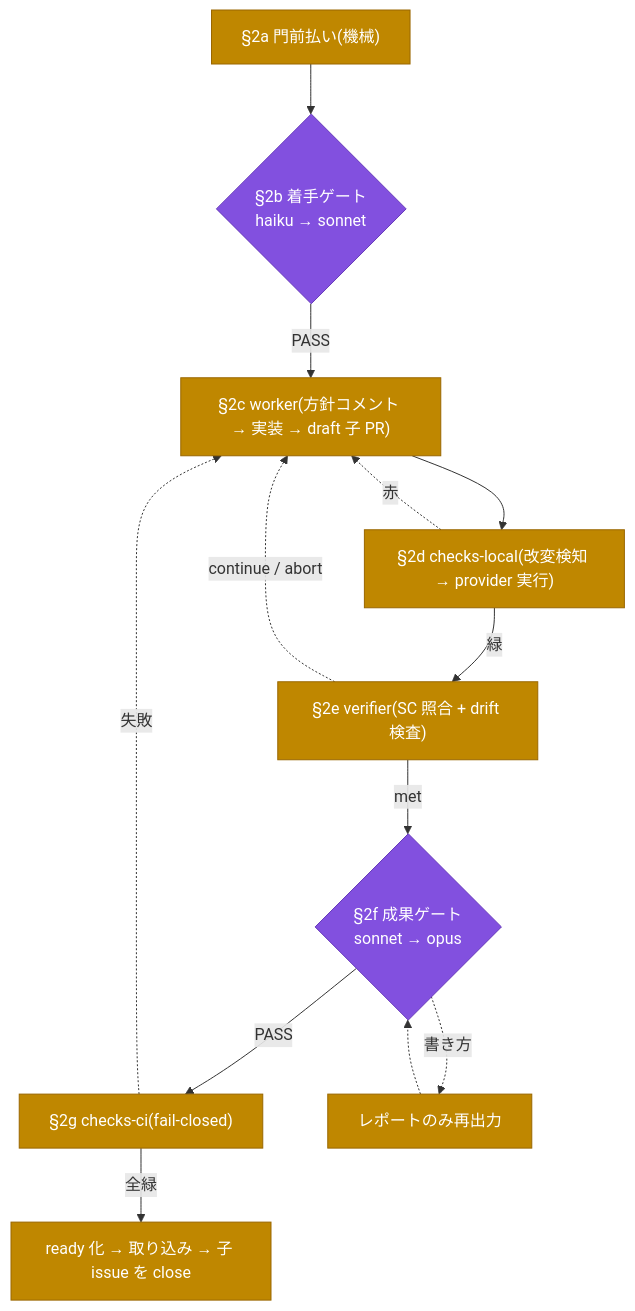
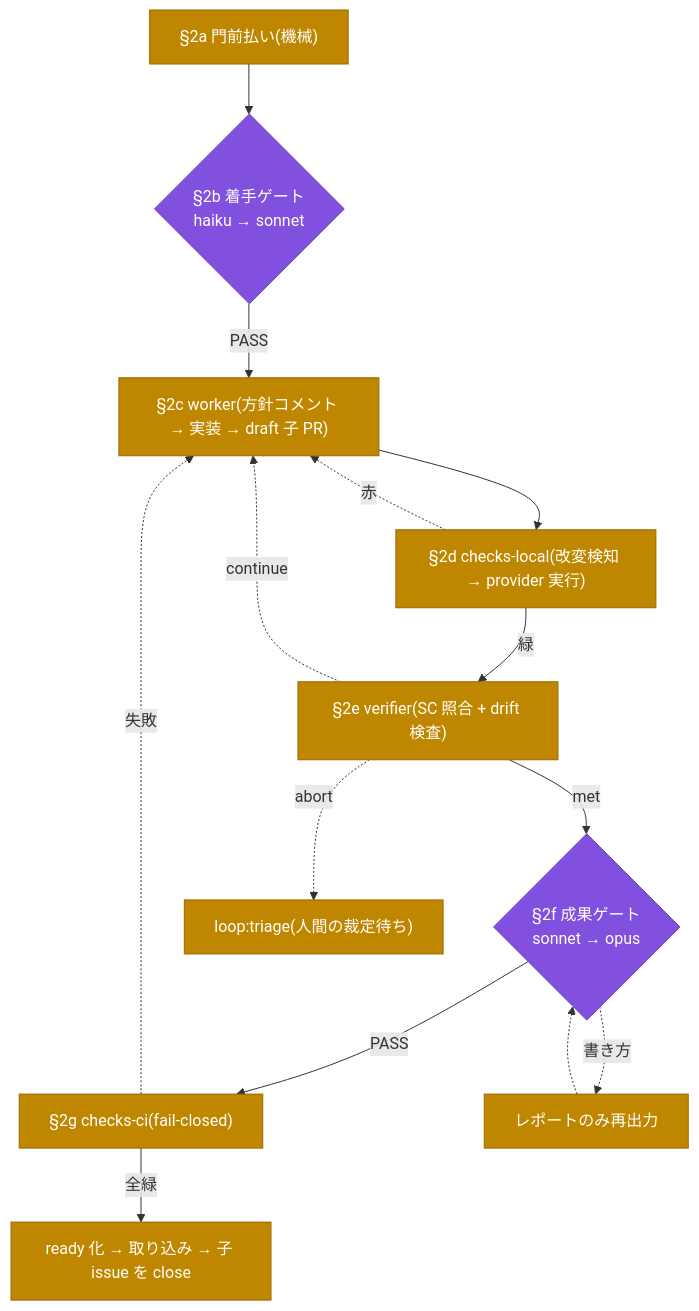
Before and after one commit to reonyanarticle/tasuki: the third of 4 diagrams in docs/DESIGN.md, drawn with Mermaid. The commit also changed 9 other files, not shown here.

````diff
--- a/docs/DESIGN.md
+++ b/docs/DESIGN.md
@@ -176,20 +176,21 @@
 ```mermaid
 flowchart TD
     accTitle: 子 issue 1件の内側の経路
-    accDescr: 門前払いと着手ゲートを通ると worker が実装し、checks-local、verifier、成果ゲート、CI を経て統合ブランチへ取り込まれる。形式と成果と CI の差し戻しは worker へ、レポートの書き方の不足はレポート再出力へ戻る。差し戻しは点線で示す。
+    accDescr: 門前払いと着手ゲートを通ると worker が実装し、checks-local、verifier、成果ゲート、CI を経て統合ブランチへ取り込まれる。形式と成果と CI の差し戻しは worker へ、レポートの書き方の不足はレポート再出力へ戻り、verifier の打ち切り(abort)は triage で止まる。差し戻しは点線で示す。
     classDef gate fill:#8250df,stroke:#6639ba,color:#fff
     classDef work fill:#bf8700,stroke:#9a6700,color:#fff
 
     P["§2a 門前払い(機械)"]:::work --> G2{"§2b 着手ゲート<br/>haiku → sonnet"}:::gate
     G2 -->|PASS| W["§2c worker(方針コメント → 実装 → draft 子 PR)"]:::work
     W --> CL["§2d checks-local(改変検知 → provider 実行)"]:::work
     CL -->|緑| V["§2e verifier(SC 照合 + drift 検査)"]:::work
     CL -.->|赤| W
     V -->|met| G3{"§2f 成果ゲート<br/>sonnet → opus"}:::gate
-    V -.->|continue / abort| W
+    V -.->|continue| W
+    V -.->|abort| TRI["loop:triage(人間の裁定待ち)"]:::work
     G3 -->|PASS| CI["§2g checks-ci(fail-closed)"]:::work
     G3 -.->|書き方| RPT["レポートのみ再出力"]:::work
     RPT -.-> G3
     CI -->|全緑| MG["ready 化 → 取り込み → 子 issue を close"]:::work
     CI -.->|失敗| W
 ```
````
